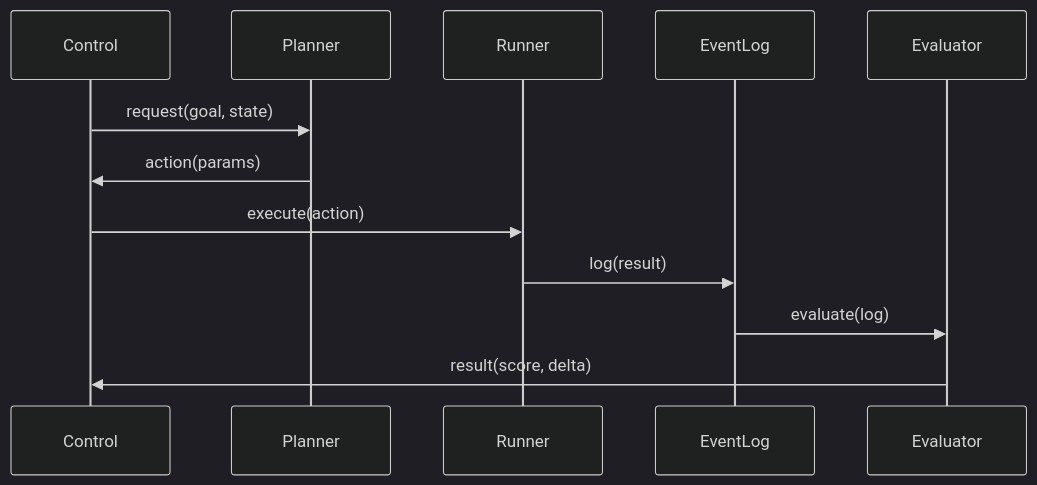
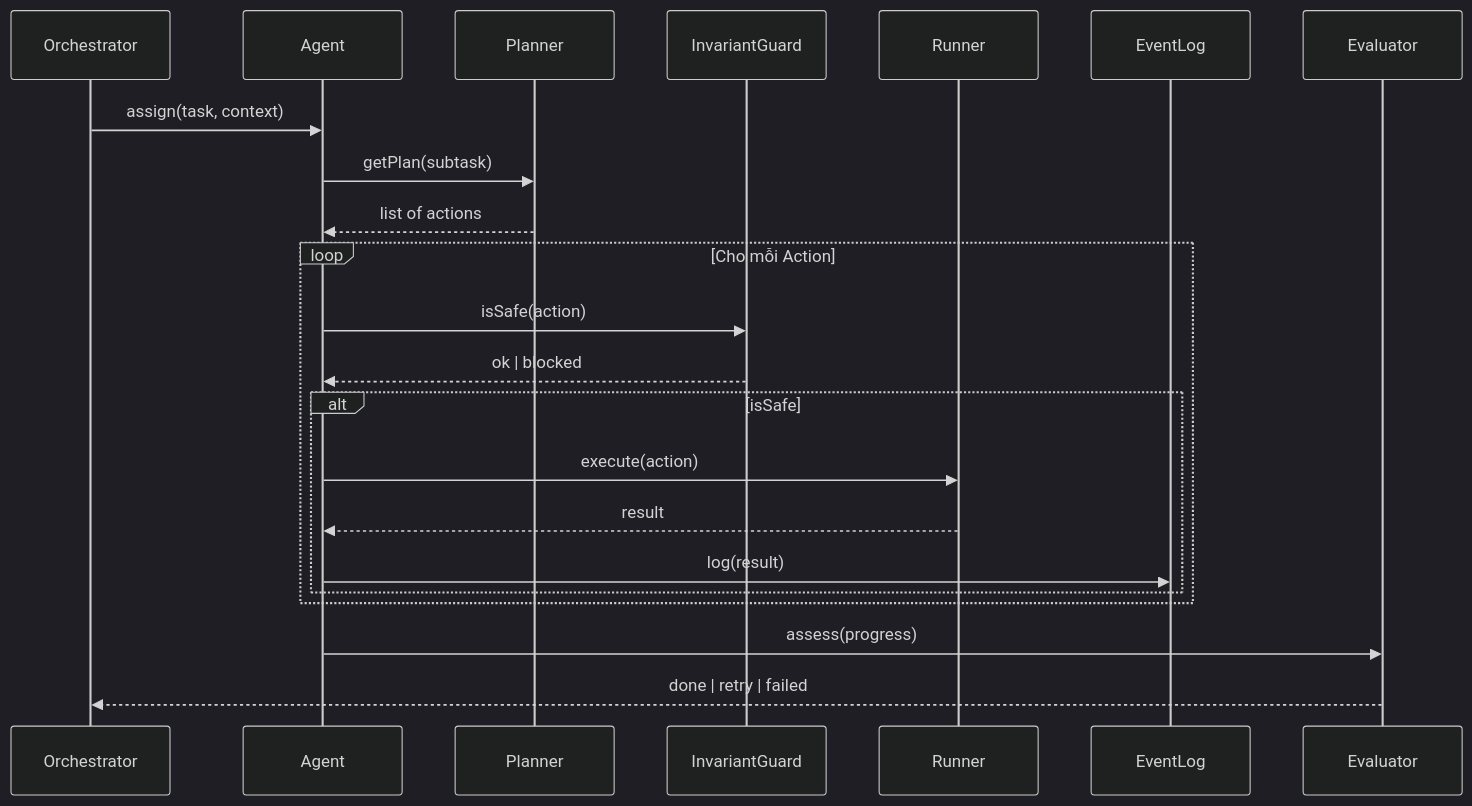
One commit to hieupmse05244/tai-lieu-nghien-cuu-ai-agent changed the diagram in V47/docs/08-runtime/control-loop.md. Above: the diagram before and after it, drawn with Mermaid (dark theme). The commit also changed other lines of this file and 71 other files, not shown here.

````diff
--- a/V47/docs/08-runtime/control-loop.md
+++ b/V47/docs/08-runtime/control-loop.md
@@ -4,9 +8,20 @@
 ```mermaid
 sequenceDiagram
-    Control->>Planner: request(goal, state)
-    Planner->>Control: action(params)
-    Control->>Runner: execute(action)
-    Runner->>EventLog: log(result)
-    EventLog->>Evaluator: evaluate(log)
-    Evaluator->>Control: result(score, delta)
+    Orchestrator->>Agent: assign(task, context)
+    Agent->>Planner: getPlan(subtask)
+    Planner-->>Agent: list of actions
+    
+    loop Cho mỗi Action
+        Agent->>InvariantGuard: isSafe(action)
+        InvariantGuard-->>Agent: ok | blocked
+        
+        alt isSafe
+            Agent->>Runner: execute(action)
+            Runner-->>Agent: result
+            Agent->>EventLog: log(result)
+        end
+    end
+    
+    Agent->>Evaluator: assess(progress)
+    Evaluator-->>Orchestrator: done | retry | failed
 ```
````
